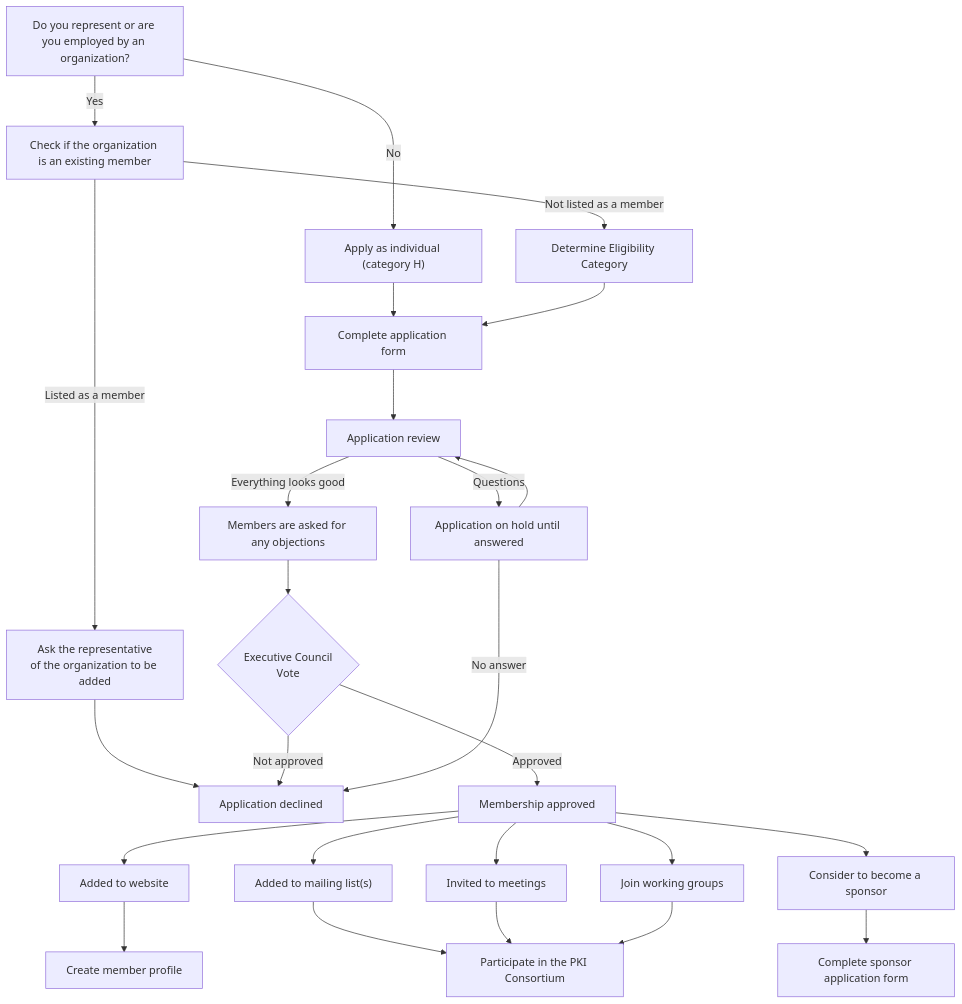
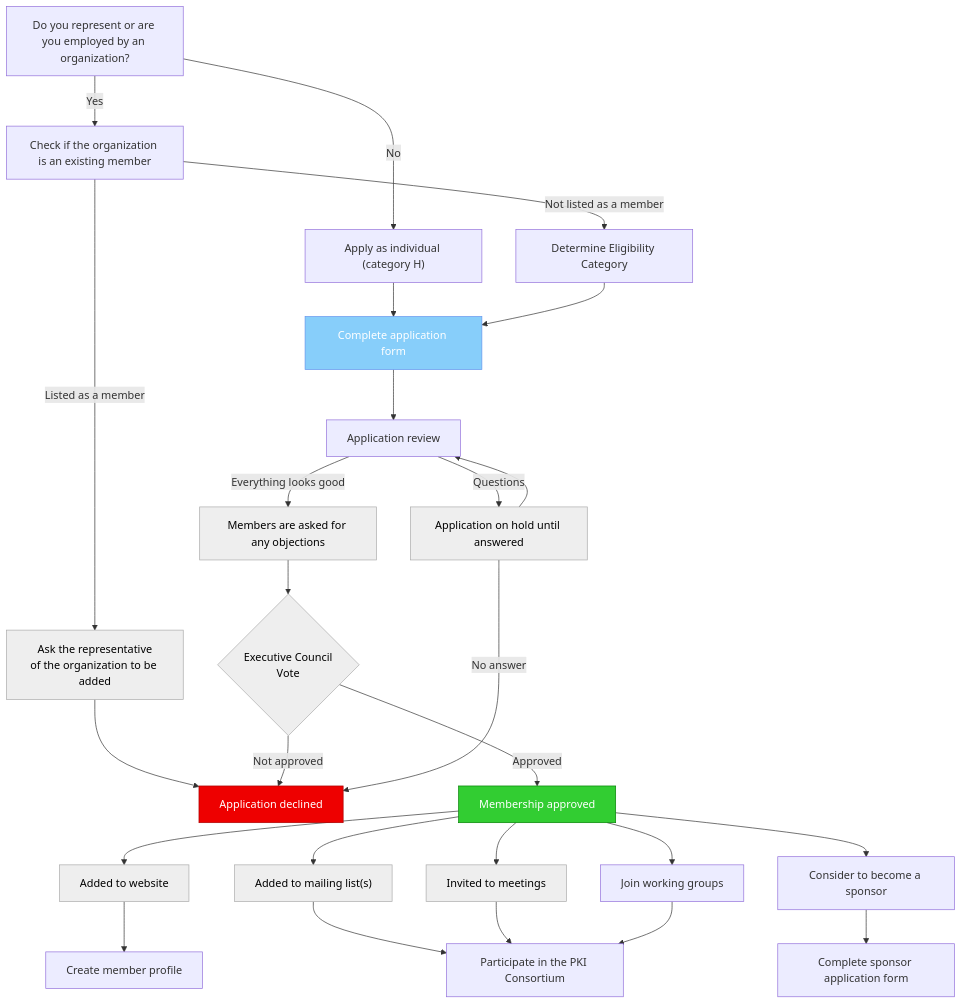
One commit to pkic/pkic.org changed the diagram in content/application-process.md. Above: the diagram before and after it, drawn with Mermaid. The commit also changed 1 other file, not shown here.

Commit message:
Remove default mermaid styles for now

````diff
--- a/content/application-process.md
+++ b/content/application-process.md
@@ -20,43 +20,48 @@
 ```mermaid
 flowchart TD 
     IsOrganization[Do you represent or are you employed by an organization?]
     IsOrganization --> |No| Individual["Apply as individual (category H)"] -->  ApplicationForm
     IsOrganization --> |Yes| IsMember[Check if the organization is an existing member]
 
     IsMember --> |Not listed as a member| Category
     IsMember --> |Listed as a member| Member["Ask the representative\nof the organization to be added"] --> END
     
     Category[Determine Eligibility Category] --> ApplicationForm
 
     ApplicationForm[Complete application form]
     ApplicationForm --> Application[Application review]
     Application --> |Questions| Questions[Application on hold until answered] --> Application
     Application --> |Everything looks good| Consultation[Members are asked for any objections]
     Consultation --> EC{Executive Council\nVote}
     EC --> |Not approved| END
     EC --> |Approved| Approved[Membership approved]
 
     Approved --> Website[Added to website] --> Profile[Create member profile]
     Approved --> MailingList["Added to mailing list(s)"] --> Participate
     Approved --> MeetingInvite["Invited to meetings"] --> Participate
     Approved --> WorkingGroups["Join working groups"] --> Participate
     Participate["Participate in the PKI Consortium"]
 
     Approved --> Sponsor[Consider to become a sponsor]  
     Sponsor --> SponsorApplicationForm[Complete sponsor application form]
 
     Questions --> |No answer| END
     END[Application declined]
 
     click Category "/bylaws/#eligibility"
     click ApplicationForm "/join/"
     click Sponsor "/sponsors/"
     click SponsorApplicationForm "/sponsors/sponsor/"
     click WorkingGroups "/wg/"
     click Profile "https://github.com/pkic/pkic.org#adding-a-new-member"
 
     class Member,Agreements,Questions,Consultation,EC,MailingList,Website,MeetingInvite grey;
     class END red;
     class ApplicationForm blue;
     class Approved green;
+
+    classDef red color: #fff, fill:#e00, stroke:#a00;
+    classDef blue color: #fff, fill:#87CEFA, stroke:#6495ED;
+    classDef green color: #fff, fill:#32CD32, stroke:#008000;
+    classDef grey color: #000, fill:#eee, stroke:#aaa;
 ```
````
